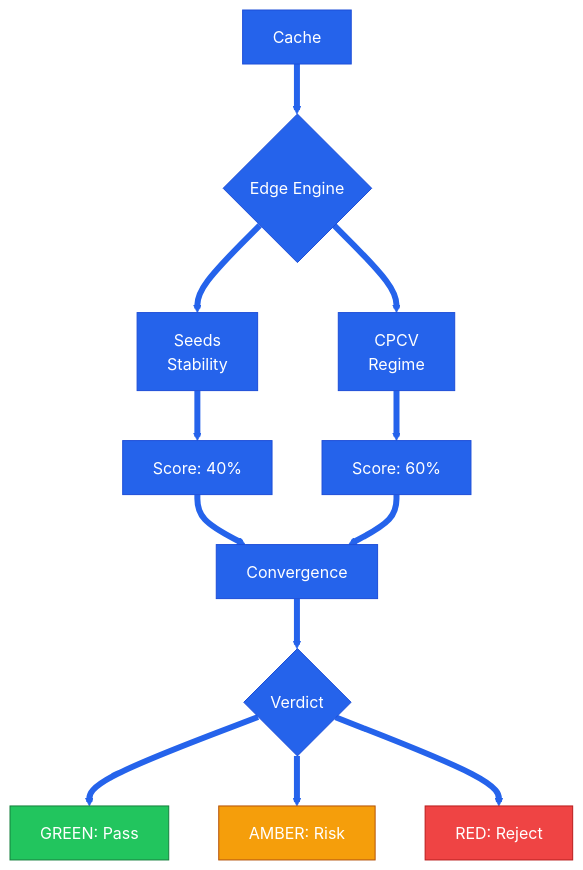
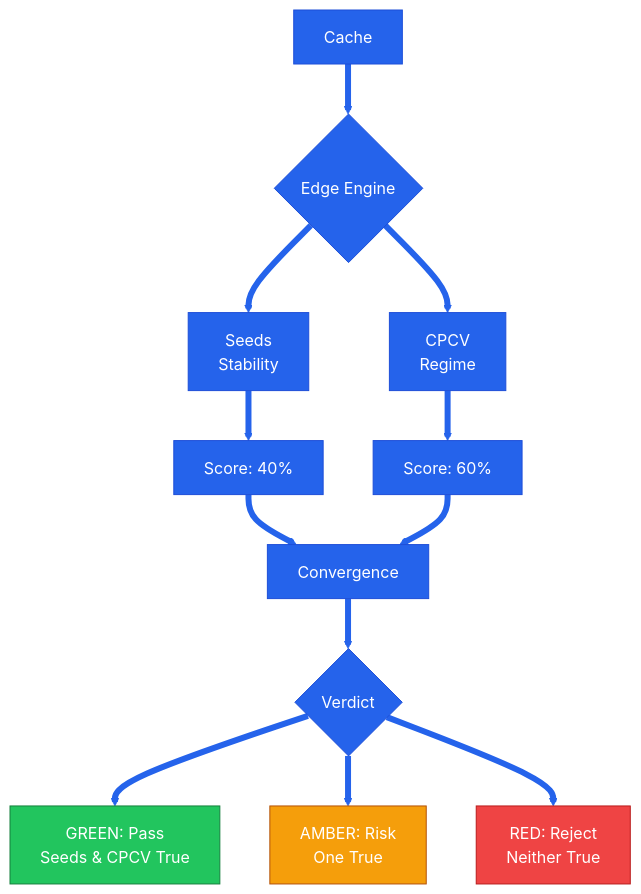
One commit to Pablo-Molla-Charlez/SecondaryModel changed the fourth of 4 diagrams in README.md. Above: the diagram before and after it, drawn with Mermaid.

Commit message:
Improved Readme4

````diff
--- a/README.md
+++ b/README.md
@@ -144,21 +144,21 @@
 ```mermaid
 %%{init: {'theme': 'base', 'themeVariables': { 'primaryColor': '#2563eb', 'primaryBorderColor': '#1d4ed8', 'primaryTextColor': '#ffffff', 'secondaryColor': '#f59e0b', 'tertiaryColor': '#dcfce7', 'lineColor': '#0f172a', 'background': '#ffffff'}}}%%
 flowchart TD
     A[Cache] --> B{Edge Engine}
     B --> C[Seeds<br/>Stability]
     B --> D[CPCV<br/>Regime]
     C --> E[Score: 40%]
     D --> F[Score: 60%]
     E & F --> G[Convergence]
     G --> H{Verdict}
-    H --> I[GREEN: Pass]
-    H --> J[AMBER: Risk]
-    H --> K[RED: Reject]
+    H --> I[GREEN: Pass<br/>Seeds & CPCV True]
+    H --> J[AMBER: Risk<br/>One True]
+    H --> K[RED: Reject<br/>Neither True]
     classDef green fill:#22c55e,stroke:#15803d,color:#ffffff;
     classDef amber fill:#f59e0b,stroke:#b45309,color:#ffffff;
     classDef red fill:#ef4444,stroke:#b91c1c,color:#ffffff;
     class I green;
     class J amber;
     class K red;
     linkStyle default stroke:#2563eb,stroke-width:6px;
 ```
````
